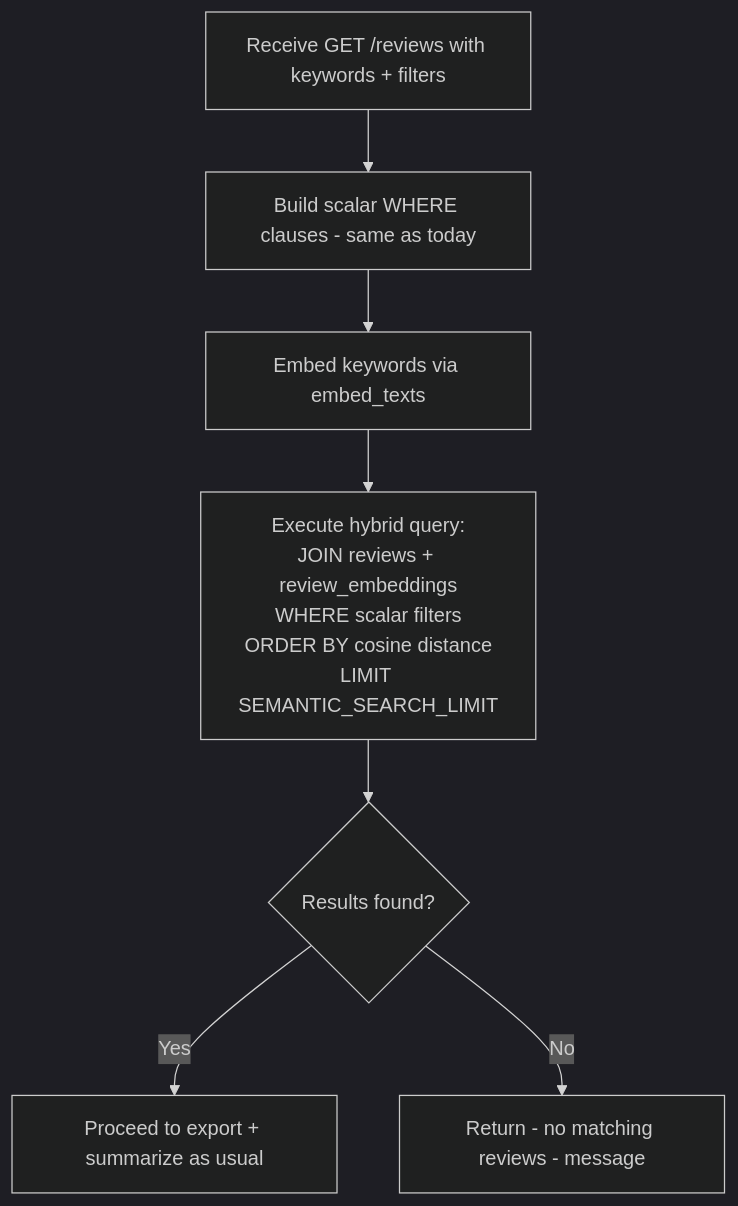
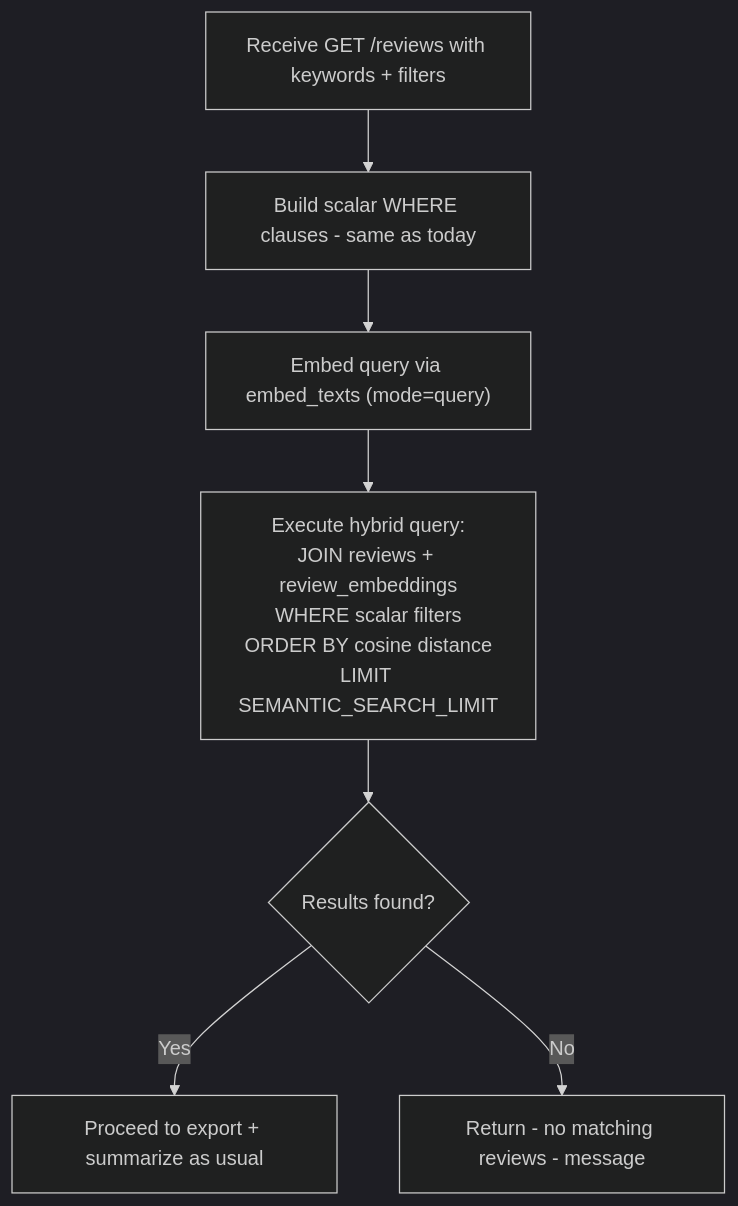
The second of 4 diagrams in plans/semantic-search.md (EvgenyMeredelin/bankiru-reviews), drawn with Mermaid (dark theme) before and after one commit. The commit also changed other lines of this file and 8 other files, not shown here.

````diff
--- a/plans/semantic-search.md
+++ b/plans/semantic-search.md
@@ -249,9 +249,9 @@
 ```mermaid
 flowchart TD
     A[Receive GET /reviews with keywords + filters] --> B[Build scalar WHERE clauses - same as today]
-    B --> C[Embed keywords via embed_texts]
+    B --> C["Embed query via embed_texts (mode=query)"]
     C --> D[Execute hybrid query:\nJOIN reviews + review_embeddings\nWHERE scalar filters\nORDER BY cosine distance\nLIMIT SEMANTIC_SEARCH_LIMIT]
     D --> E{Results found?}
     E -->|Yes| F[Proceed to export + summarize as usual]
     E -->|No| G[Return - no matching reviews - message]
 ```
````
